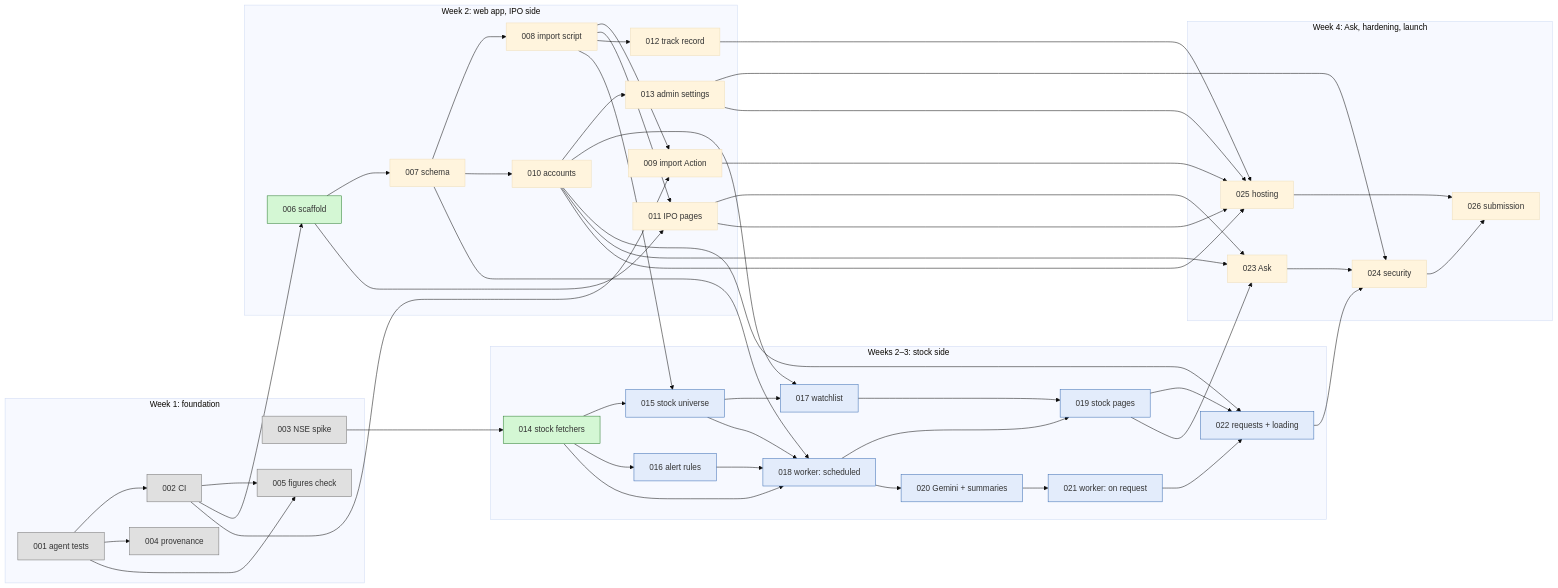
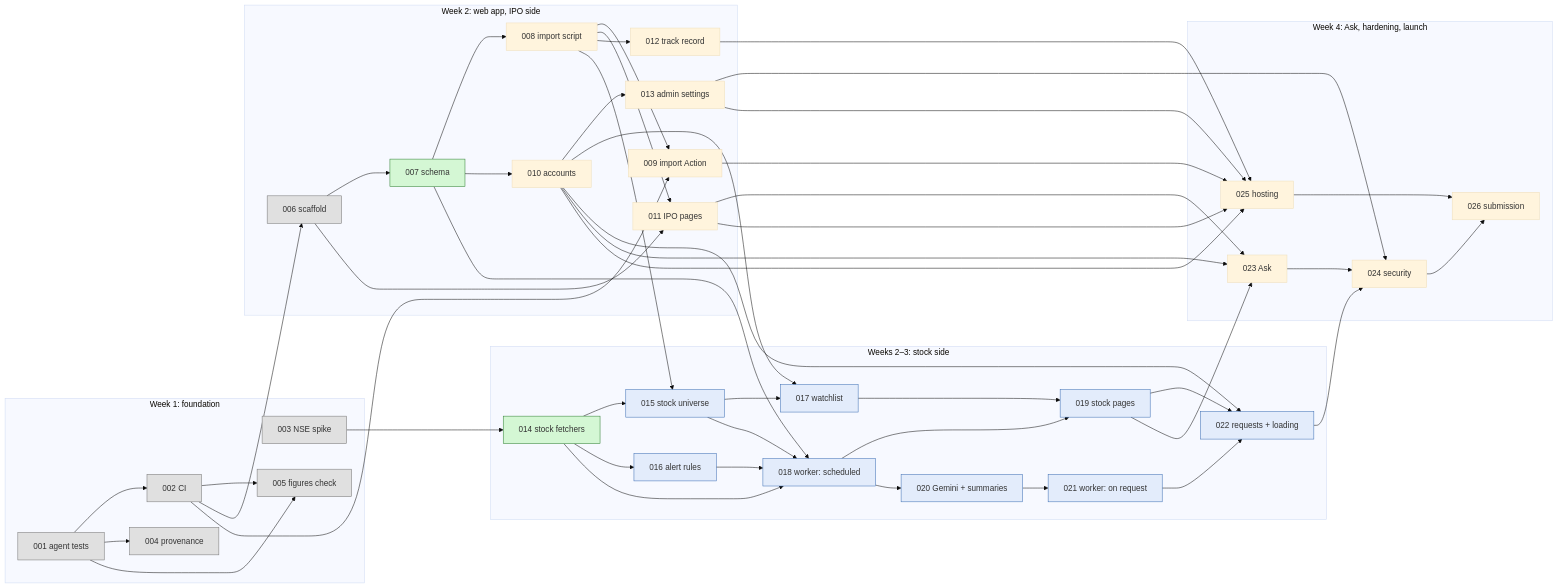
One commit to badjatya/IPO changed the diagram in docs/tasks/ROADMAP.md. Above: the diagram before and after it, drawn with Mermaid (base theme). The commit also changed other lines of this file and 2 other files, not shown here.

Commit message:
Roadmap: 006 done, D01/D02/D07 decided, 007 ready

````diff
--- a/docs/tasks/ROADMAP.md
+++ b/docs/tasks/ROADMAP.md
@@ -83,61 +83,61 @@
 ```mermaid
 flowchart LR
     classDef ready fill:#d4f7d4,stroke:#2e7d32
     classDef m2 fill:#e3ecfb,stroke:#3b6db3
     classDef done fill:#e0e0e0,stroke:#757575
 
     subgraph wk1 ["Week 1: foundation"]
         T001[001 agent tests]:::done
         T002[002 CI]:::done
         T003[003 NSE spike]:::done
         T004[004 provenance]:::done
         T005[005 figures check]:::done
     end
     subgraph wk2 ["Week 2: web app, IPO side"]
-        T006[006 scaffold]:::ready
-        T007[007 schema]
+        T006[006 scaffold]:::done
+        T007[007 schema]:::ready
         T008[008 import script]
         T009[009 import Action]
         T010[010 accounts]
         T011[011 IPO pages]
         T012[012 track record]
         T013[013 admin settings]
     end
     subgraph stocks ["Weeks 2–3: stock side"]
         T014[014 stock fetchers]:::ready
         T015[015 stock universe]:::m2
         T016[016 alert rules]:::m2
         T017[017 watchlist]:::m2
         T018[018 worker: scheduled]:::m2
         T019[019 stock pages]:::m2
         T020[020 Gemini + summaries]:::m2
         T021[021 worker: on request]:::m2
         T022[022 requests + loading]:::m2
     end
     subgraph wk4 ["Week 4: Ask, hardening, launch"]
         T023[023 Ask]
         T024[024 security]
         T025[025 hosting]
         T026[026 submission]
     end
 
     T001 --> T002 & T004 & T005
     T002 --> T005 & T006 & T009
     T006 --> T007 & T011
     T007 --> T008 & T010 & T018
     T008 --> T009 & T011 & T012 & T015
     T010 --> T013 & T017 & T022 & T023
     T003 --> T014
     T014 --> T015 & T016 & T018
     T015 --> T017 & T018
     T016 --> T018
     T017 --> T019
     T018 --> T019 & T020
     T020 --> T021
     T019 --> T022 & T023
     T021 --> T022
     T011 --> T023
     T013 & T022 & T023 --> T024
     T009 & T010 & T011 & T012 & T013 --> T025
     T024 & T025 --> T026
 ```
````
